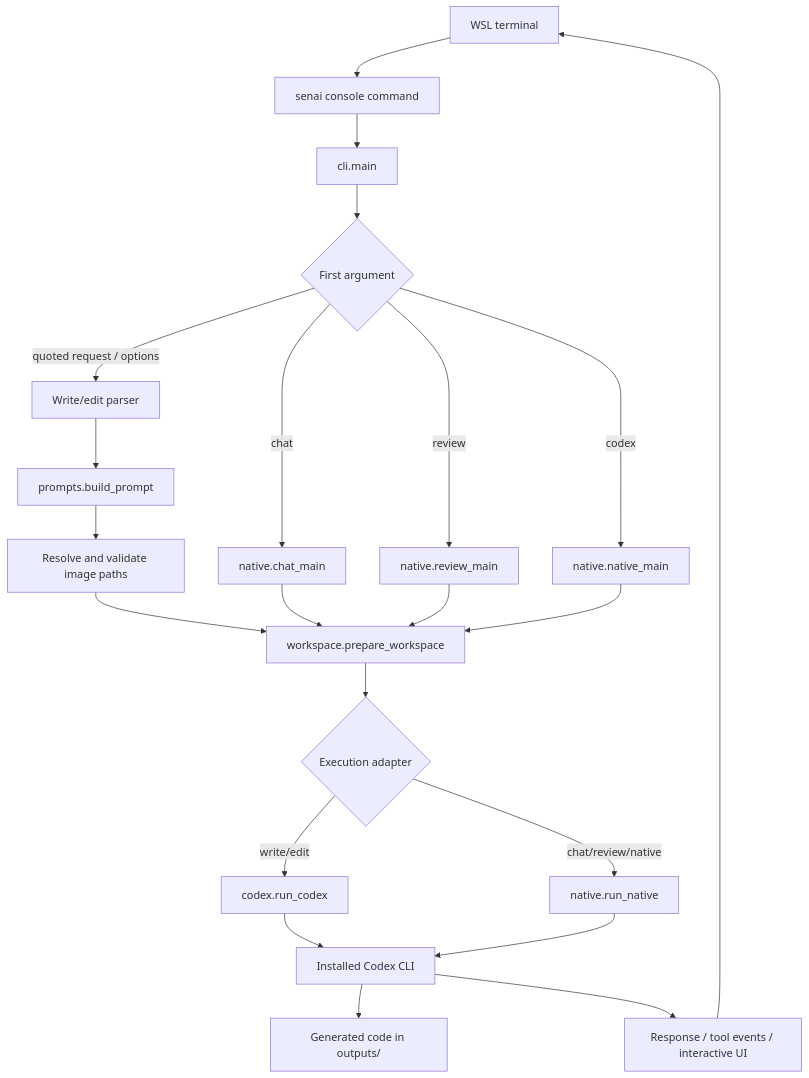
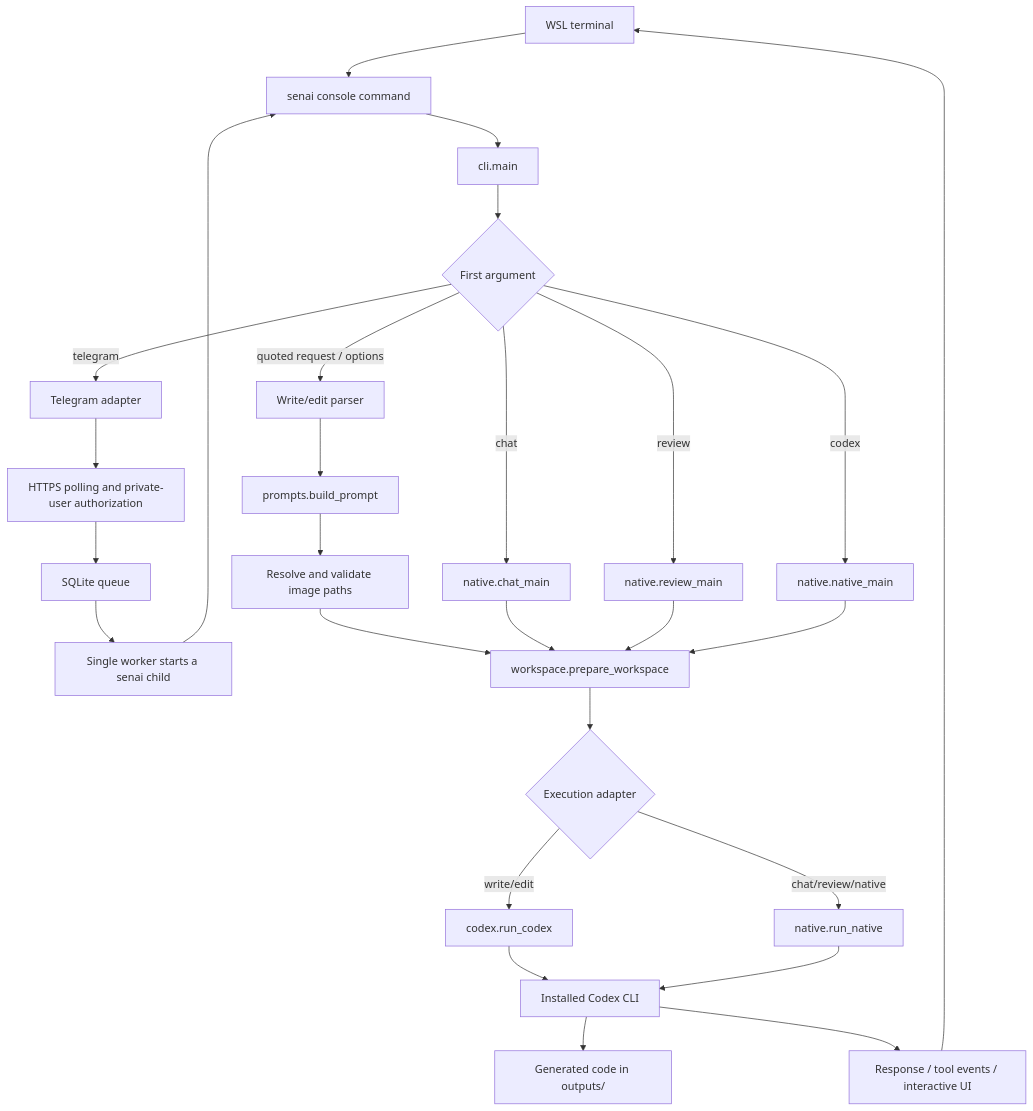
One commit to D0pp1er/Senai-Hermes changed the diagram in projectprogress/architecture.md. Above: the diagram before and after it, drawn with Mermaid. The commit also changed other lines of this file and 9 other files, not shown here.

````diff
--- a/projectprogress/architecture.md
+++ b/projectprogress/architecture.md
@@ -15,24 +15,29 @@
 ```mermaid
 flowchart TD
     User[WSL terminal] --> Entry[senai console command]
     Entry --> Main[cli.main]
     Main --> Route{First argument}
     Route -->|quoted request / options| Write[Write/edit parser]
+    Route -->|telegram| Bot[Telegram adapter]
+    Bot --> Poll[HTTPS polling and private-user authorization]
+    Poll --> Queue[SQLite queue]
+    Queue --> Worker[Single worker starts a senai child]
+    Worker --> Entry
     Route -->|chat| Chat[native.chat_main]
     Route -->|review| Review[native.review_main]
     Route -->|codex| Native[native.native_main]
     Write --> Prompt[prompts.build_prompt]
     Prompt --> Images[Resolve and validate image paths]
     Images --> Workspace[workspace.prepare_workspace]
     Chat --> Workspace
     Review --> Workspace
     Native --> Workspace
     Workspace --> Execute{Execution adapter}
     Execute -->|write/edit| Capture[codex.run_codex]
     Execute -->|chat/review/native| Streams[native.run_native]
     Capture --> Codex[Installed Codex CLI]
     Streams --> Codex
     Codex --> Files[Generated code in outputs/]
     Codex --> Result[Response / tool events / interactive UI]
     Result --> User
 ```
````
